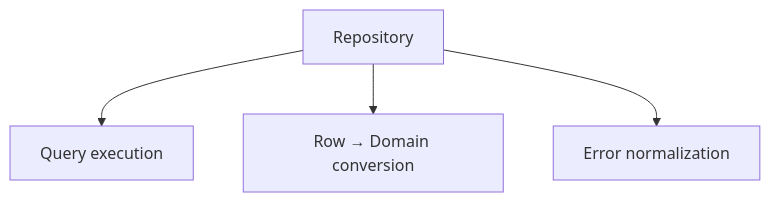
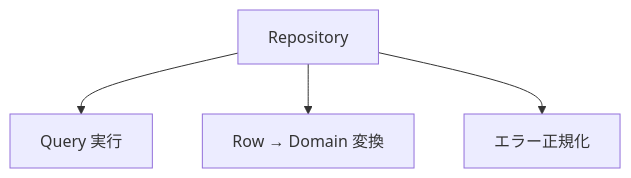
Before and after one commit to Tomy-ch/go-boilerplate: diagram 13 of 13 in internal/infrastructure/rdb/repository/README.md, drawn with Mermaid. The commit also changed other lines of this file and 970 other files, not shown here.

````diff
--- a/internal/infrastructure/rdb/repository/README.md
+++ b/internal/infrastructure/rdb/repository/README.md
@@ -665,11 +675,11 @@
 ```mermaid
 flowchart TB
     Repo["Repository"]
-    Query["Query execution"]
-    Map["Row → Domain conversion"]
-    Err["Error normalization"]
+    Query["Query 実行"]
+    Map["Row → Domain 変換"]
+    Err["エラー正規化"]
 
     Repo --> Query
     Repo --> Map
     Repo --> Err
 ```
````
